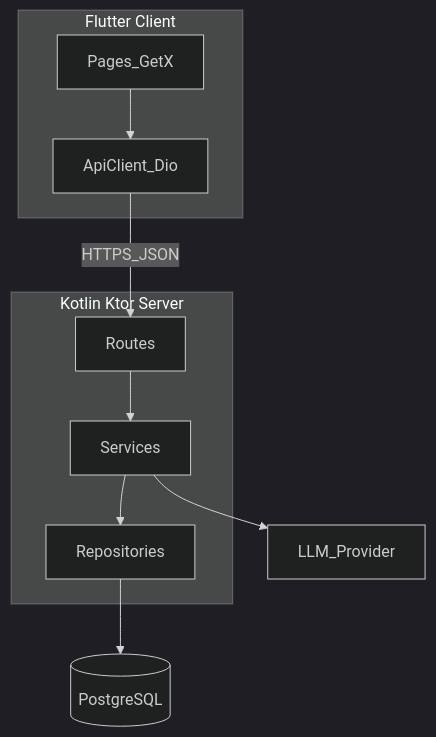
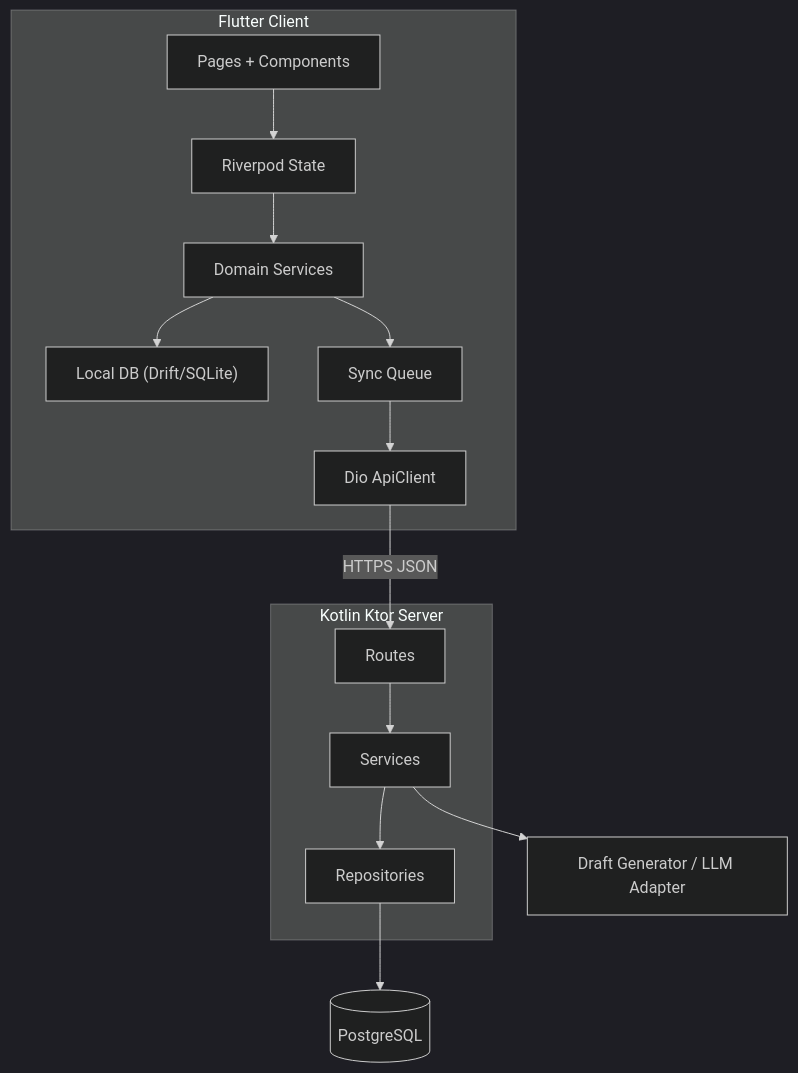
Before and after one commit to zh405557524/MakeCodePlanWord: the diagram in projects/执行力/02-技术方案/tech-plan.md, drawn with Mermaid (dark theme). The commit also changed other lines of this file and 26 other files, not shown here.

````diff
--- a/projects/执行力/02-技术方案/tech-plan.md
+++ b/projects/执行力/02-技术方案/tech-plan.md
@@ -14,19 +14,29 @@
 ```mermaid
 flowchart TB
-  subgraph client [Flutter Client]
-    UI[Pages_GetX]
-    APIc[ApiClient_Dio]
-    UI --> APIc
+  subgraph client["Flutter Client"]
+    UI["Pages + Components"]
+    State["Riverpod State"]
+    Domain["Domain Services"]
+    Local["Local DB (Drift/SQLite)"]
+    Sync["Sync Queue"]
+    Api["Dio ApiClient"]
+    UI --> State --> Domain
+    Domain --> Local
+    Domain --> Sync
+    Sync --> Api
   end
-  subgraph server [Kotlin Ktor Server]
-    Routes[Routes]
-    Services[Services]
-    Repo[Repositories]
+
+  subgraph server["Kotlin Ktor Server"]
+    Routes["Routes"]
+    Services["Services"]
+    Repo["Repositories"]
     Routes --> Services --> Repo
   end
+
   DB[(PostgreSQL)]
-  LLM[LLM_Provider]
+  AI["Draft Generator / LLM Adapter"]
+
   Repo --> DB
-  Services --> LLM
-  APIc -->|HTTPS_JSON| Routes
+  Services --> AI
+  Api -->|HTTPS JSON| Routes
 ```
````
